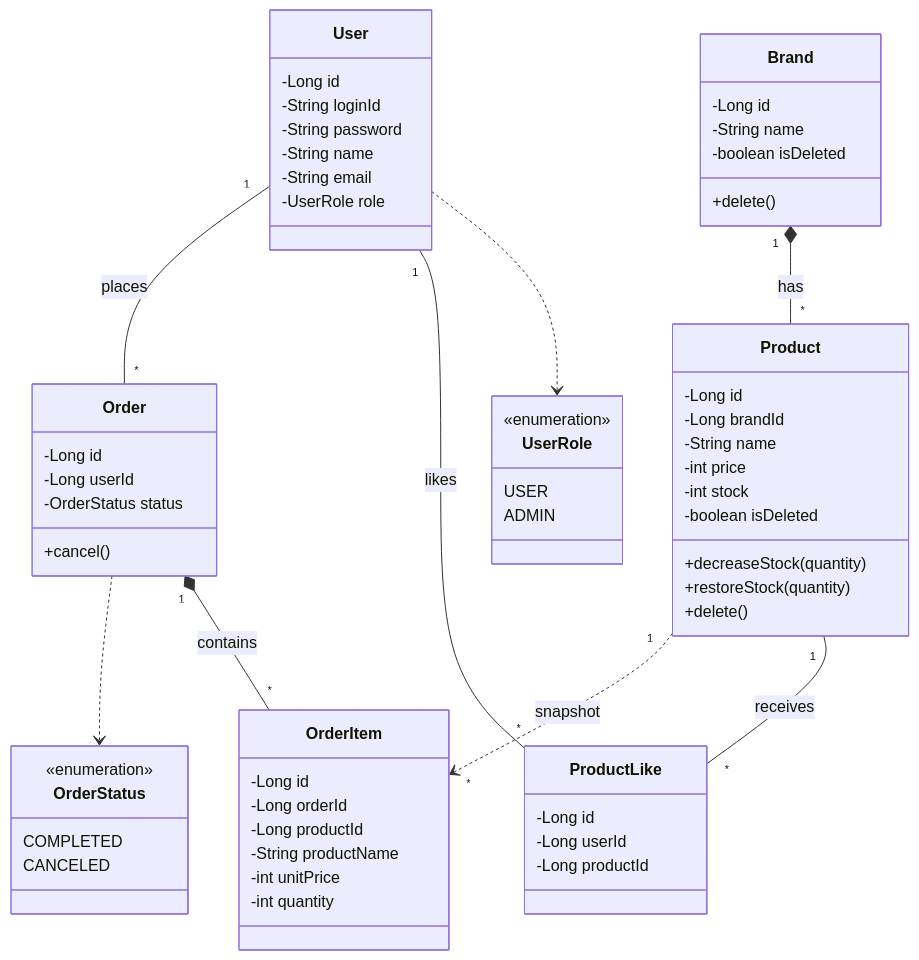
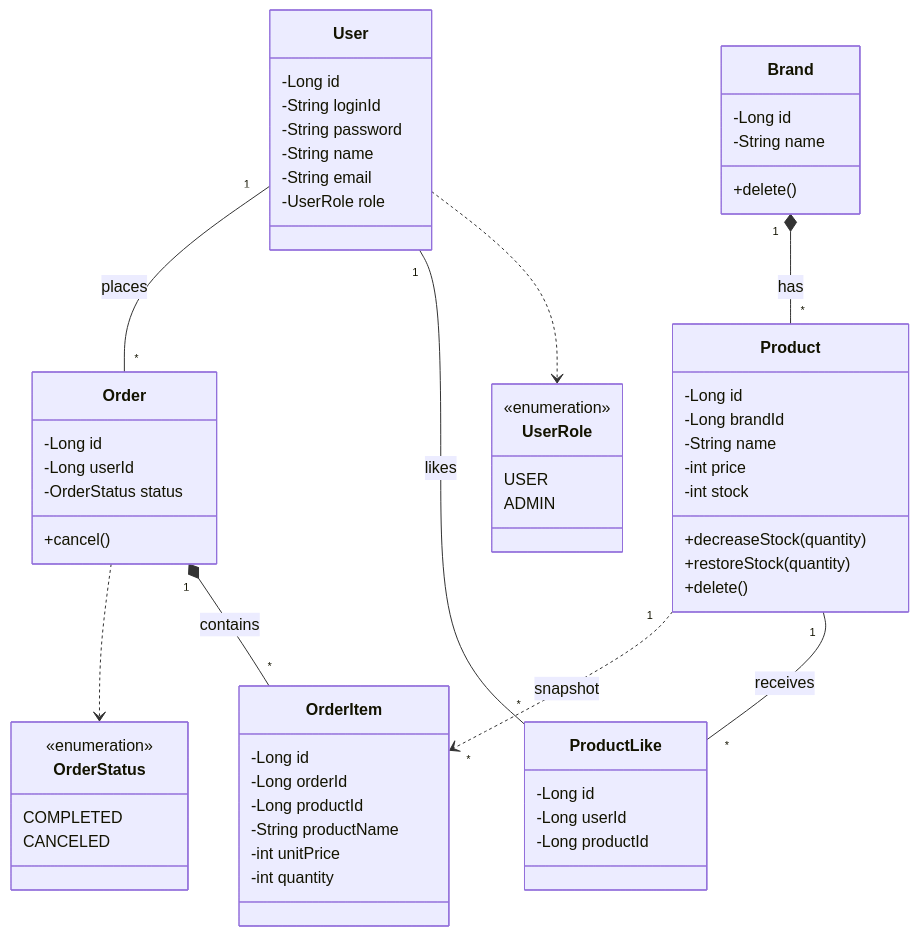
One commit to kimjunyoung90/loop-pack-be-l2-vol3-java changed the diagram in docs/design/03-class-diagram.md. Above: the diagram before and after it, drawn with Mermaid. The commit also changed 1 other file, not shown here.

Commit message:
docs: soft delete 상태 필드 수정

````diff
--- a/docs/design/03-class-diagram.md
+++ b/docs/design/03-class-diagram.md
@@ -5,73 +5,71 @@
 ```mermaid
 classDiagram
     class User {
         -Long id
         -String loginId
         -String password
         -String name
         -String email
         -UserRole role
     }
 
     class UserRole {
         <<enumeration>>
         USER
         ADMIN
     }
 
     class Brand {
         -Long id
         -String name
-        -boolean isDeleted
         +delete()
     }
 
     class Product {
         -Long id
         -Long brandId
         -String name
         -int price
         -int stock
-        -boolean isDeleted
         +decreaseStock(quantity)
         +restoreStock(quantity)
         +delete()
     }
 
     class ProductLike {
         -Long id
         -Long userId
         -Long productId
     }
 
     class Order {
         -Long id
         -Long userId
         -OrderStatus status
         +cancel()
     }
 
     class OrderItem {
         -Long id
         -Long orderId
         -Long productId
         -String productName
         -int unitPrice
         -int quantity
     }
 
     class OrderStatus {
         <<enumeration>>
         COMPLETED
         CANCELED
     }
 
     User ..> UserRole
     User "1" -- "*" ProductLike : likes
     User "1" -- "*" Order : places
     Brand "1" *-- "*" Product : has
     Product "1" -- "*" ProductLike : receives
     Order "1" *-- "*" OrderItem : contains
     Order ..> OrderStatus
     Product "1" ..> "*" OrderItem : snapshot
 ```
````
